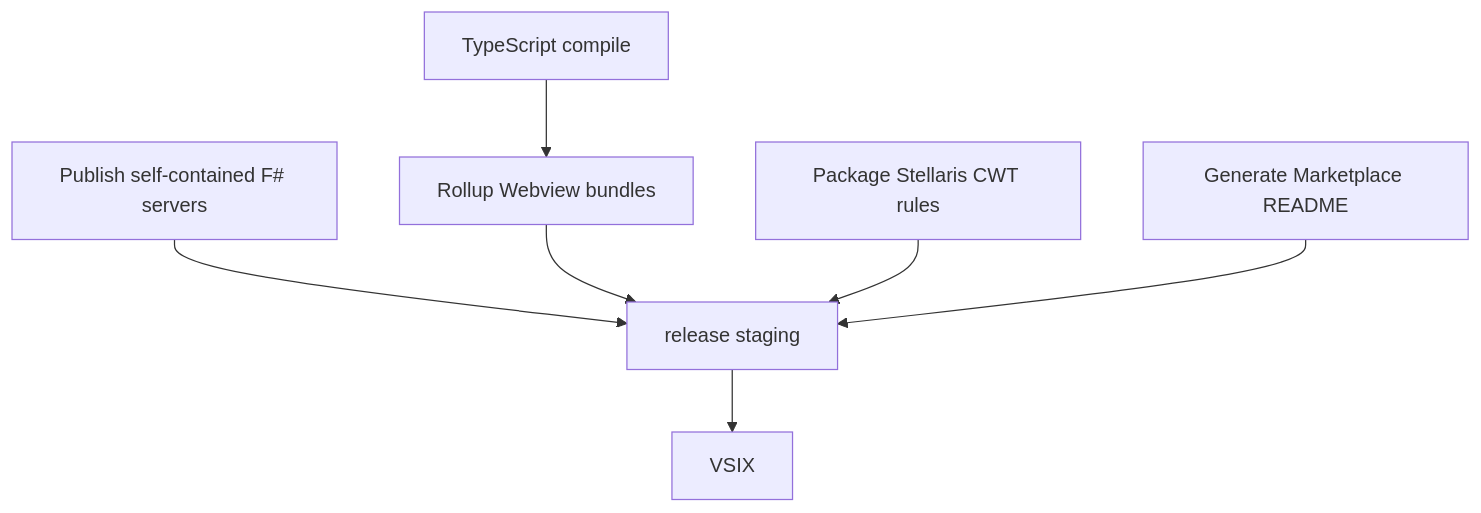
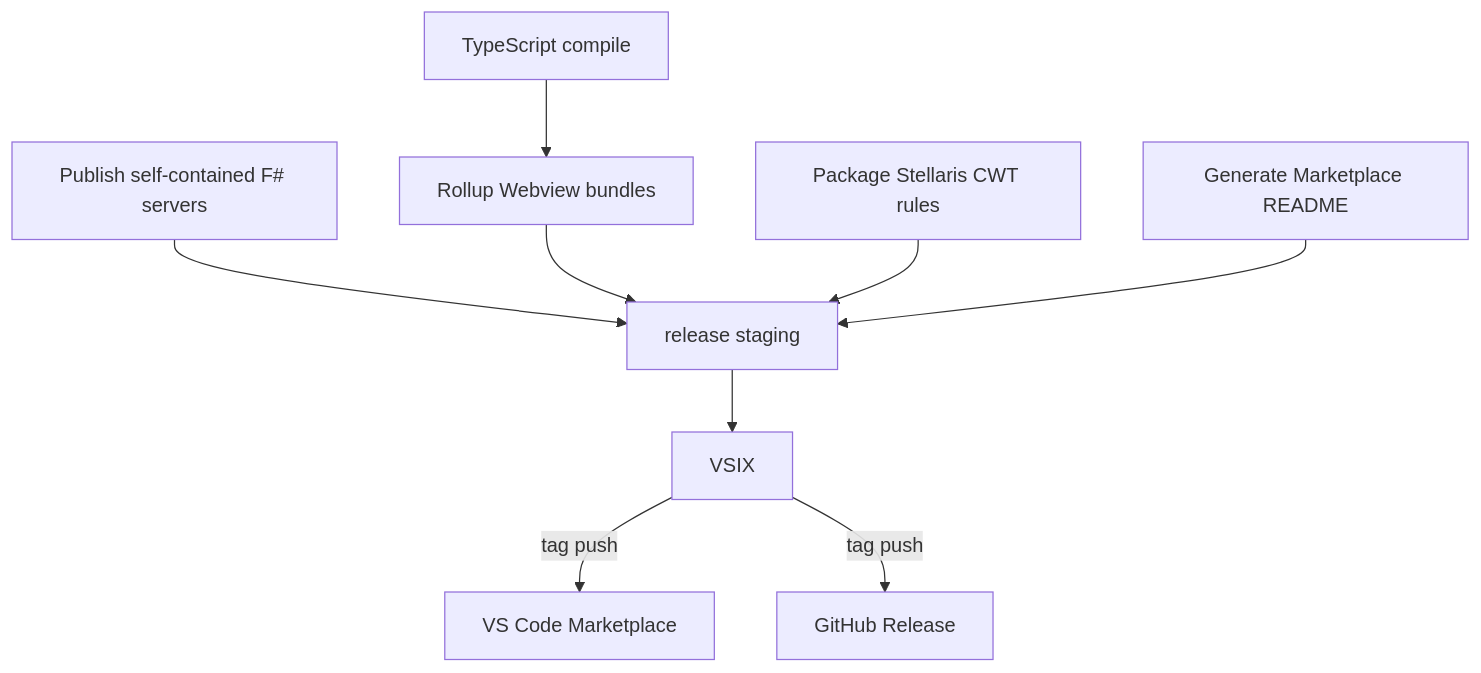
One commit to Aa728848/cwtools-vscode changed the sixth of 12 diagrams in ARCHITECTURE.md. Above: the diagram before and after it, drawn with Mermaid. The commit also changed other lines of this file and 4 other files, not shown here.

First line of the commit message:
ci(release): publish tags to the Marketplace via Trusted Publishing

````diff
--- a/ARCHITECTURE.md
+++ b/ARCHITECTURE.md
@@ -292,9 +292,11 @@
 ```mermaid
 flowchart TD
     TS["TypeScript compile"] --> WV["Rollup Webview bundles"]
     FSHARP["Publish self-contained F# servers"] --> PACKAGE["release staging"]
     WV --> PACKAGE
     RULES["Package Stellaris CWT rules"] --> PACKAGE
     DOCS["Generate Marketplace README"] --> PACKAGE
     PACKAGE --> VSIX["VSIX"]
+    VSIX -->|"tag push"| MARKET["VS Code Marketplace"]
+    VSIX -->|"tag push"| RELEASE["GitHub Release"]
 ```
````
